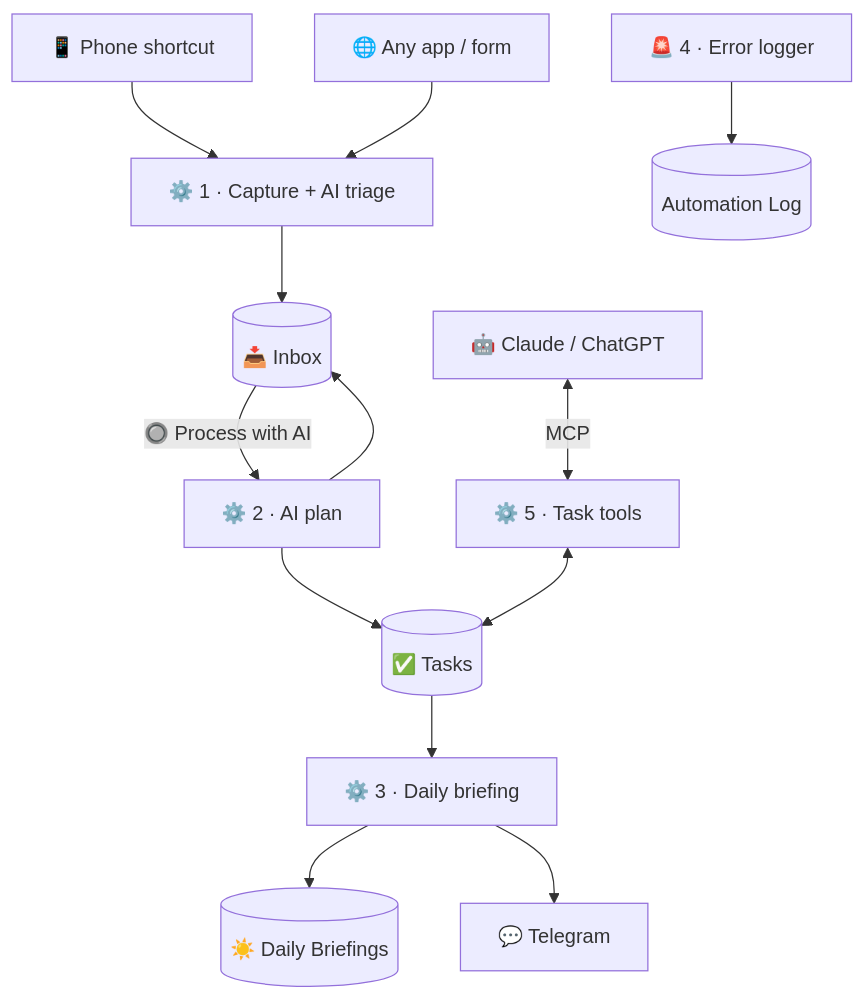
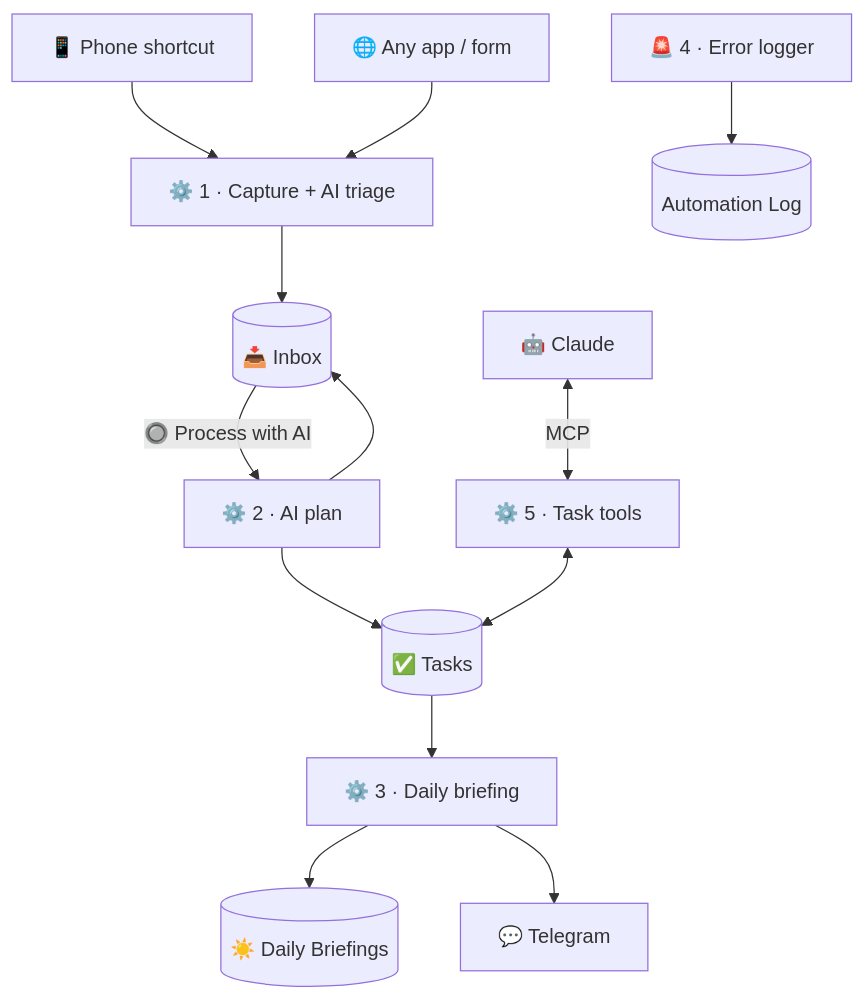
Before and after one commit to Axmann8/AI_For_Advanced_Beginners: the diagram in manual/part-14-n8n-and-notion/127-build-along-ai-command-center.md, drawn with Mermaid. The commit also changed other lines of this file and 238 other files, not shown here.

````diff
--- a/manual/part-14-n8n-and-notion/127-build-along-ai-command-center.md
+++ b/manual/part-14-n8n-and-notion/127-build-along-ai-command-center.md
@@ -34,15 +30,15 @@
 ```mermaid
 flowchart TB
     PH[📱 Phone shortcut] --> W1
     APP[🌐 Any app / form] --> W1
     W1[⚙️ 1 · Capture + AI triage] --> IN[(📥 Inbox)]
     IN -->|🔘 Process with AI| W2[⚙️ 2 · AI plan]
     W2 --> IN
     W2 --> TK[(✅ Tasks)]
     TK --> W3[⚙️ 3 · Daily briefing]
     W3 --> DB[(☀️ Daily Briefings)]
     W3 --> TG[💬 Telegram]
-    CL[🤖 Claude / ChatGPT] <-->|MCP| W5[⚙️ 5 · Task tools]
+    CL[🤖 Claude] <-->|MCP| W5[⚙️ 5 · Task tools]
     W5 <--> TK
     W4[🚨 4 · Error logger] --> LOG[(Automation Log)]
 ```
````
